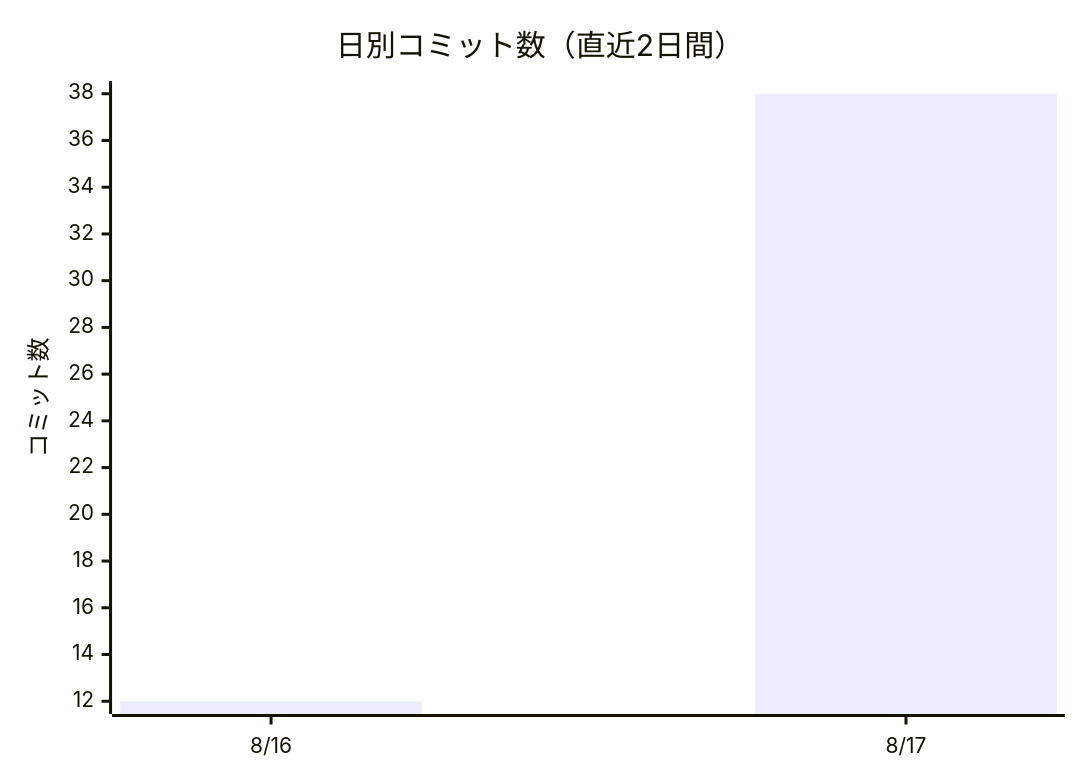
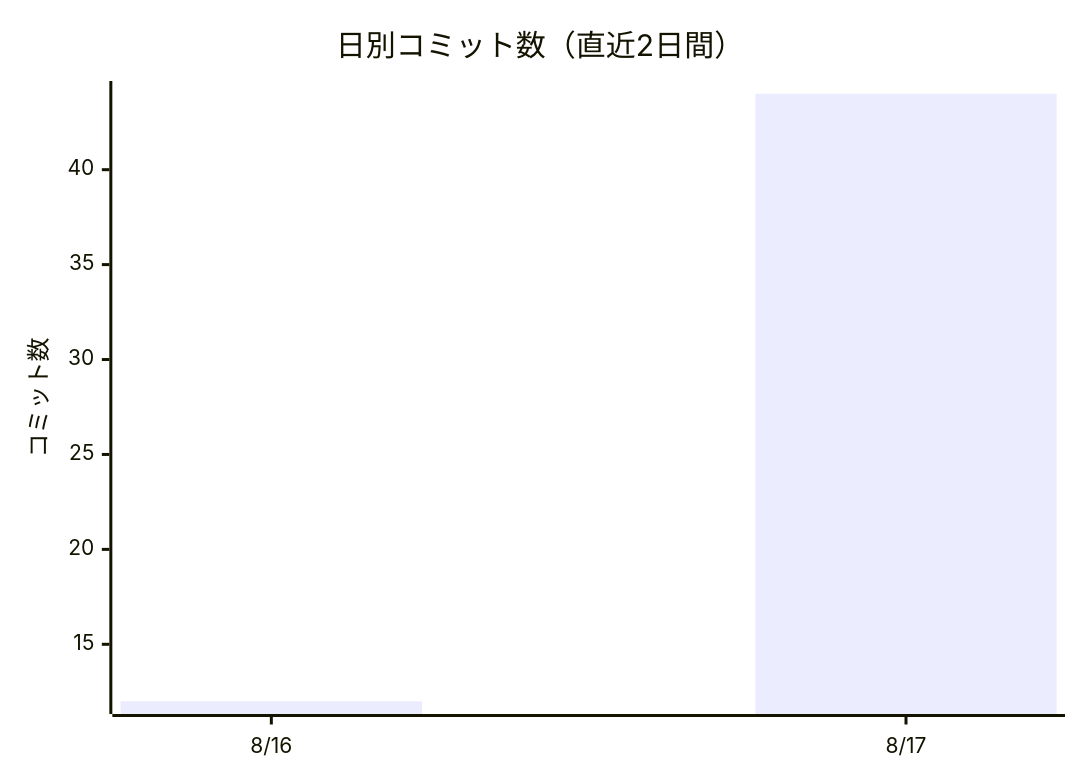
One commit to non-x2/non-x2 changed the first of 2 diagrams in docs/進化レポート.md. Above: the diagram before and after it, drawn with Mermaid. The commit also changed other lines of this file and 2 other files, not shown here.

````diff
--- a/docs/進化レポート.md
+++ b/docs/進化レポート.md
@@ -23,7 +23,7 @@
 ```mermaid
 xychart-beta
     title "日別コミット数（直近2日間）"
     x-axis ["8/16", "8/17"]
     y-axis "コミット数"
-    bar [12, 38]
+    bar [12, 44]
 ```
````
